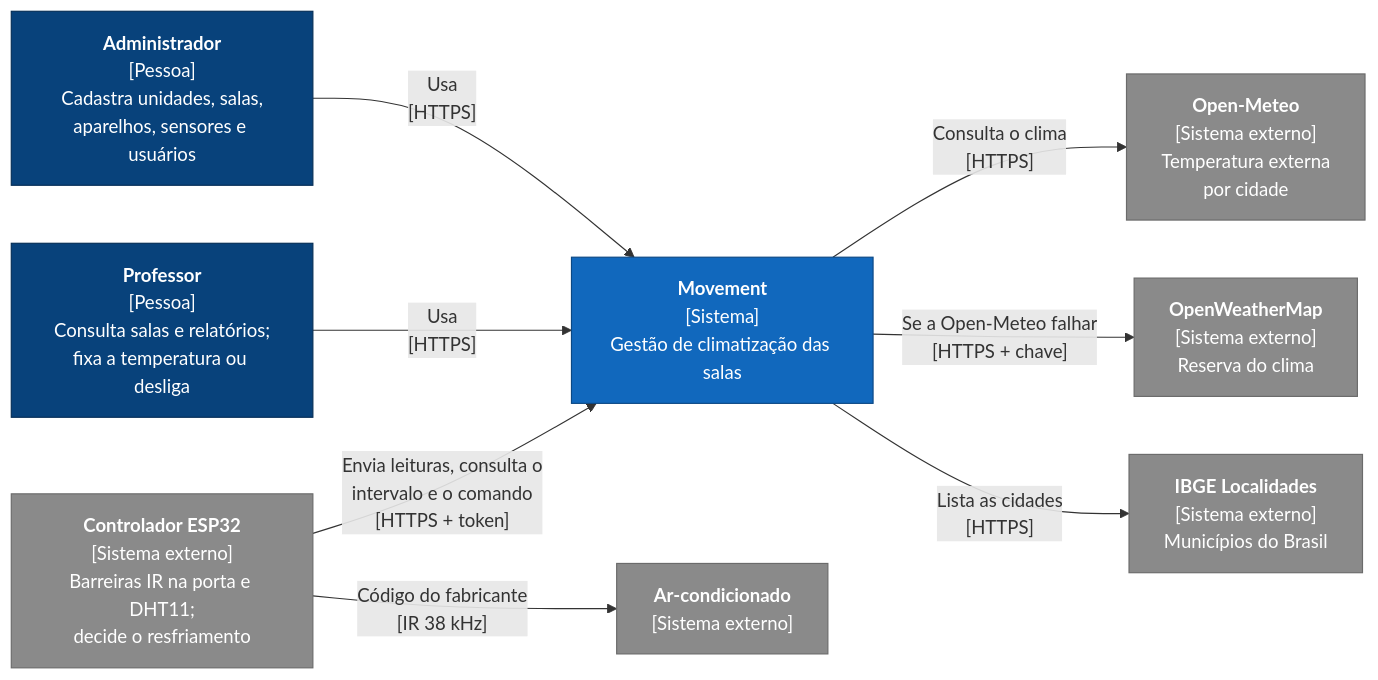
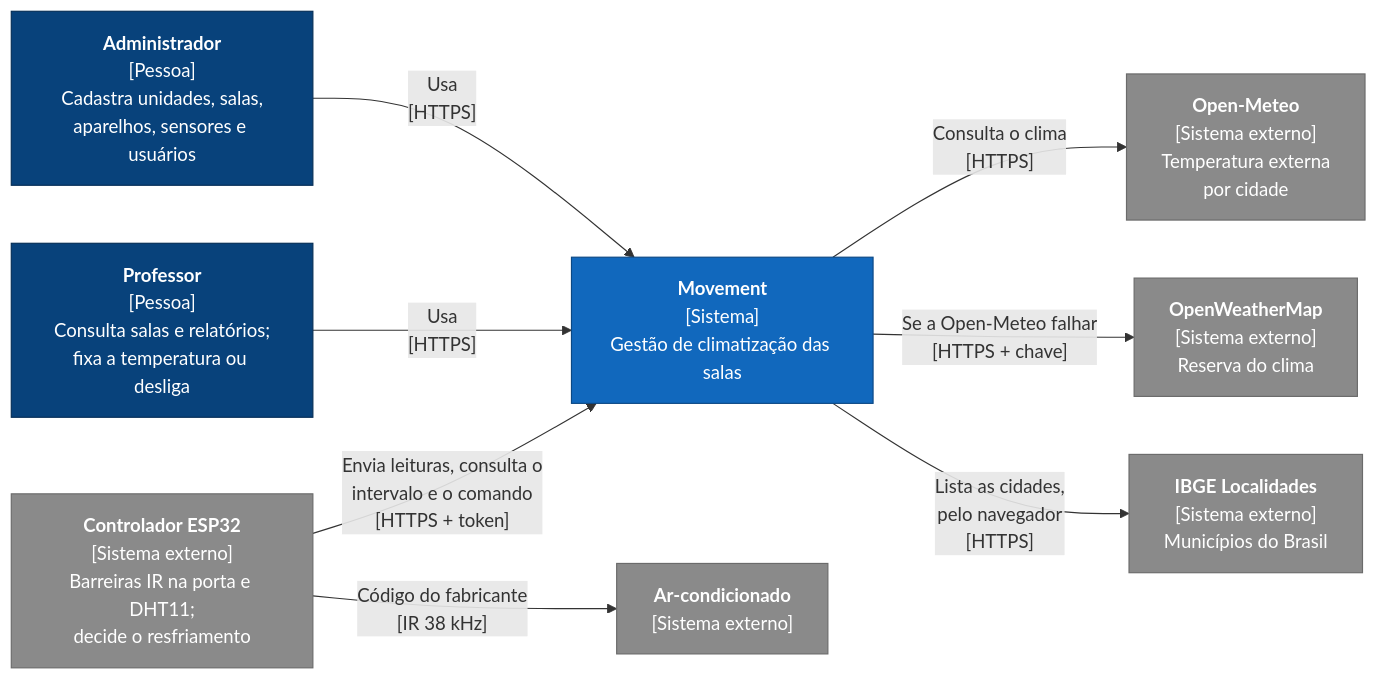
Before and after one commit to expotech2026-2/Projeto-Movement-2.0: the first of 5 diagrams in docs/arquitetura.md, drawn with Mermaid. The commit also changed other lines of this file and 8 other files, not shown here.

First line of the commit message:
fix: sugestões de cidade buscadas no IBGE pelo navegador

````diff
--- a/docs/arquitetura.md
+++ b/docs/arquitetura.md
@@ -22,24 +22,24 @@
 ```mermaid
 flowchart LR
   admin["<b>Administrador</b><br/>[Pessoa]<br/>Cadastra unidades, salas,<br/>aparelhos, sensores e usuários"]
   prof["<b>Professor</b><br/>[Pessoa]<br/>Consulta salas e relatórios;<br/>fixa a temperatura ou desliga"]
   esp["<b>Controlador ESP32</b><br/>[Sistema externo]<br/>Barreiras IR na porta e DHT11;<br/>decide o resfriamento"]
   movement["<b>Movement</b><br/>[Sistema]<br/>Gestão de climatização das salas"]
   meteo["<b>Open-Meteo</b><br/>[Sistema externo]<br/>Temperatura externa<br/>por cidade"]
   owm["<b>OpenWeatherMap</b><br/>[Sistema externo]<br/>Reserva do clima"]
   ibge["<b>IBGE Localidades</b><br/>[Sistema externo]<br/>Municípios do Brasil"]
   ac["<b>Ar-condicionado</b><br/>[Sistema externo]"]
   admin -- "Usa<br/>[HTTPS]" --> movement
   prof -- "Usa<br/>[HTTPS]" --> movement
   esp -- "Envia leituras, consulta o<br/>intervalo e o comando<br/>[HTTPS + token]" --> movement
   movement -- "Consulta o clima<br/>[HTTPS]" --> meteo
   movement -- "Se a Open-Meteo falhar<br/>[HTTPS + chave]" --> owm
-  movement -- "Lista as cidades<br/>[HTTPS]" --> ibge
+  movement -- "Lista as cidades,<br/>pelo navegador<br/>[HTTPS]" --> ibge
   esp -- "Código do fabricante<br/>[IR 38 kHz]" --> ac
   classDef person fill:#08427b,stroke:#052e56,color:#ffffff
   classDef system fill:#1168bd,stroke:#0b4884,color:#ffffff
   classDef external fill:#8a8a8a,stroke:#6b6b6b,color:#ffffff
   class admin,prof person
   class movement system
   class esp,meteo,owm,ibge,ac external
 ```
````
